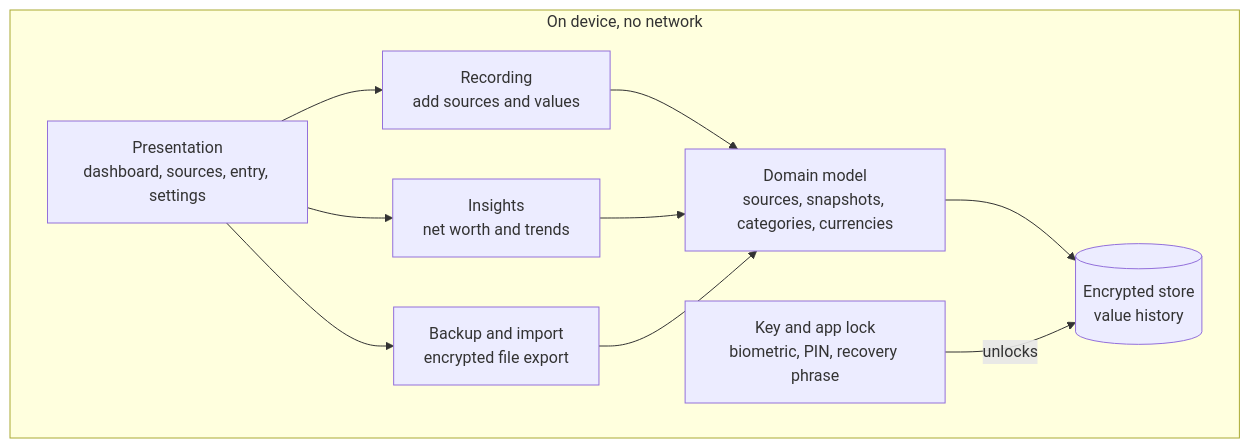
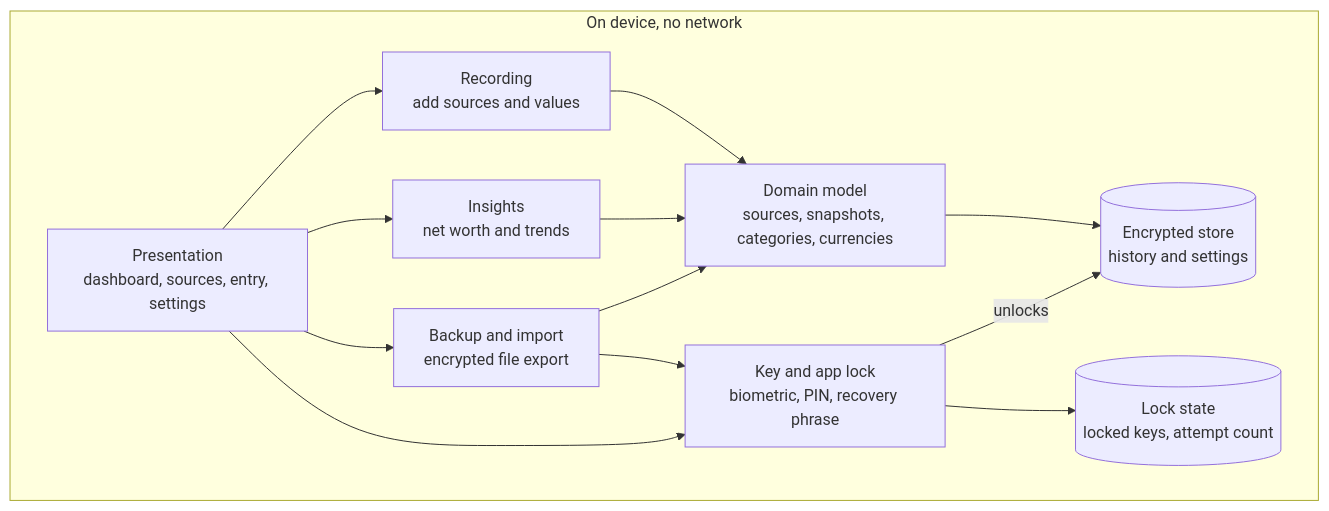
Before and after one commit to arpit92k/Fortuna: the first of 2 diagrams in docs/architecture.md, drawn with Mermaid. The commit also changed other lines of this file and 2 other files, not shown here.

First line of the commit message:
Revise the architecture after reviewing it against the user flows (#3)

````diff
--- a/docs/architecture.md
+++ b/docs/architecture.md
@@ -28,21 +28,25 @@
 ```mermaid
 flowchart TB
     subgraph device["On device, no network"]
         UI["Presentation<br/>dashboard, sources, entry, settings"]
         REC["Recording<br/>add sources and values"]
         INS["Insights<br/>net worth and trends"]
         BAK["Backup and import<br/>encrypted file export"]
         DOM["Domain model<br/>sources, snapshots, categories, currencies"]
-        STORE[("Encrypted store<br/>value history")]
+        STORE[("Encrypted store<br/>history and settings")]
         KEY["Key and app lock<br/>biometric, PIN, recovery phrase"]
+        LOCK[("Lock state<br/>locked keys, attempt count")]
 
         UI --> REC
         UI --> INS
         UI --> BAK
+        UI --> KEY
         REC --> DOM
         INS --> DOM
         BAK --> DOM
+        BAK --> KEY
         DOM --> STORE
         KEY -- unlocks --> STORE
+        KEY --> LOCK
     end
 ```
````
